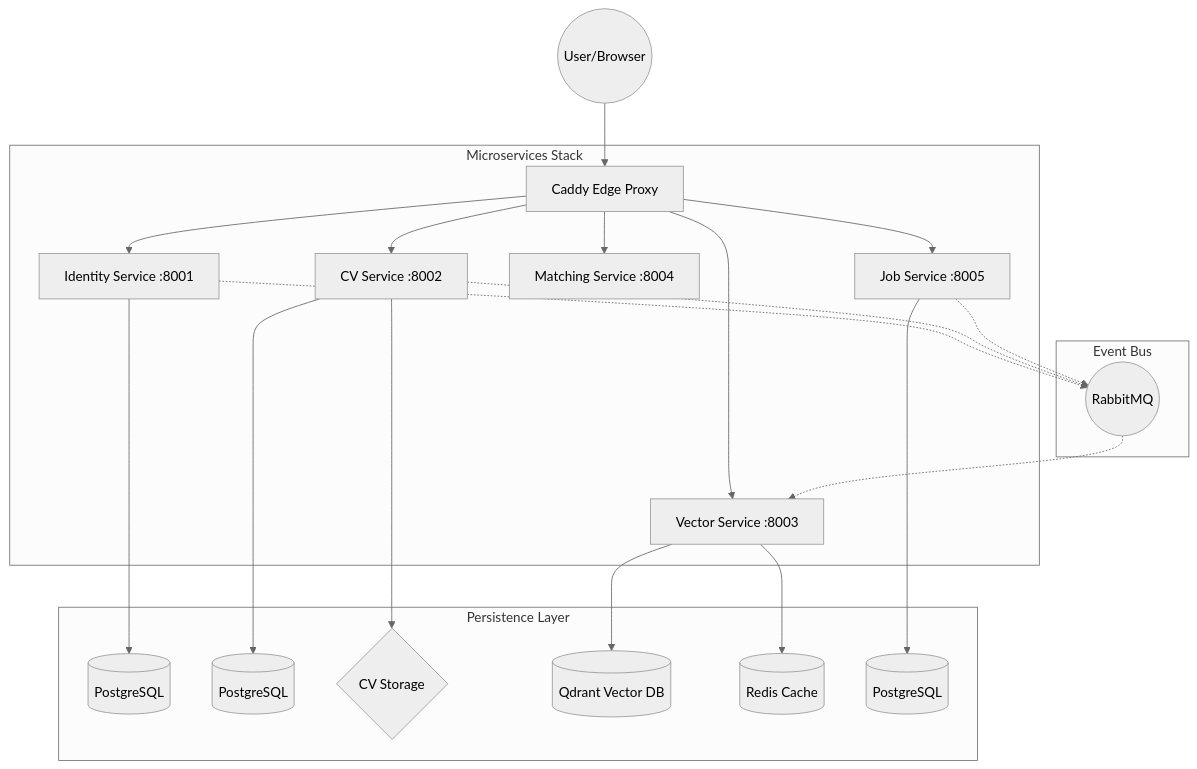
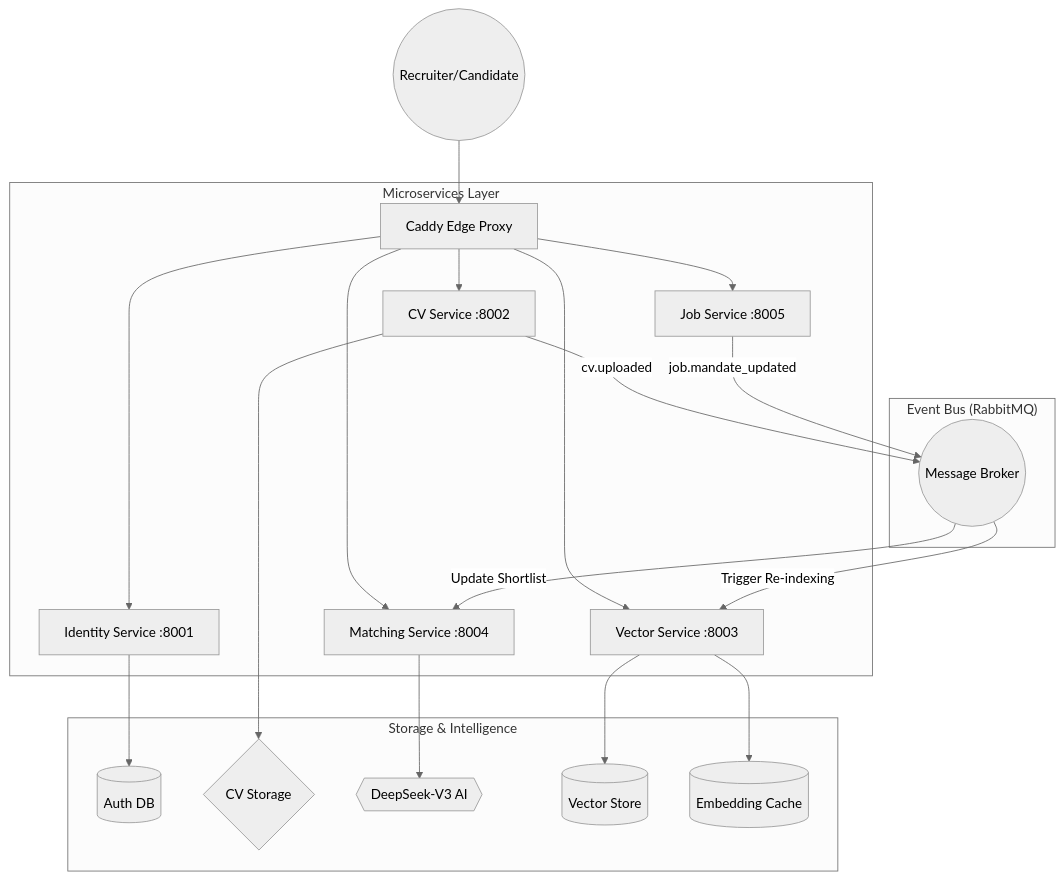
Before and after one commit to Gaulotechnology/Quantic-Capstone-Project: the first of 2 diagrams in DESIGN_AND_TESTING.md, drawn with Mermaid (neutral theme). The commit also changed other lines of this file, not shown here.

Commit message:
docs: overhaul Design & Testing document with deep architectural rationale and DDD details

````diff
--- a/DESIGN_AND_TESTING.md
+++ b/DESIGN_AND_TESTING.md
@@ -15,28 +22,27 @@
 ```mermaid
 graph TD
-    User((User/Browser)) --> Caddy[Caddy Edge Proxy]
+    User((Recruiter/Candidate)) --> Caddy[Caddy Edge Proxy]
     
-    subgraph "Microservices Stack"
+    subgraph "Microservices Layer"
         Caddy --> Identity[Identity Service :8001]
         Caddy --> CV[CV Service :8002]
         Caddy --> Vector[Vector Service :8003]
         Caddy --> Matching[Matching Service :8004]
         Caddy --> Job[Job Service :8005]
     end
 
-    subgraph "Event Bus"
-        Identity -.-> RabbitMQ((RabbitMQ))
-        CV -.-> RabbitMQ
-        Job -.-> RabbitMQ
-        RabbitMQ -.-> Vector
+    subgraph "Event Bus (RabbitMQ)"
+        CV -- "cv.uploaded" --> RabbitMQ((Message Broker))
+        Job -- "job.mandate_updated" --> RabbitMQ
+        RabbitMQ -- "Trigger Re-indexing" --> Vector
+        RabbitMQ -- "Update Shortlist" --> Matching
     end
 
-    subgraph "Persistence Layer"
-        Identity --> IDB[(PostgreSQL)]
-        CV --> CDB[(PostgreSQL)]
+    subgraph "Storage & Intelligence"
+        Identity --> Postgres_ID[(Auth DB)]
         CV --> S3{CV Storage}
-        Vector --> Qdrant[(Qdrant Vector DB)]
-        Vector --> Redis[(Redis Cache)]
-        Job --> JDB[(PostgreSQL)]
+        Matching --> DeepSeek{{DeepSeek-V3 AI}}
+        Vector --> Qdrant[(Vector Store)]
+        Vector --> Redis[(Embedding Cache)]
     end
 ```
````
